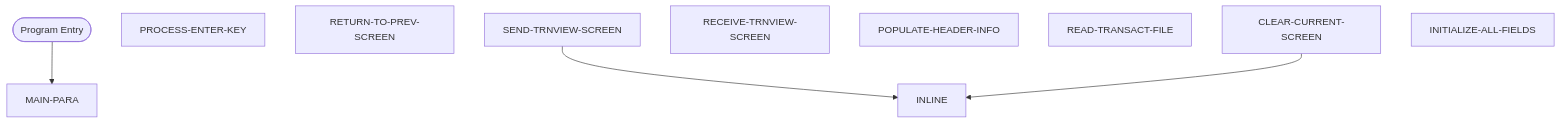
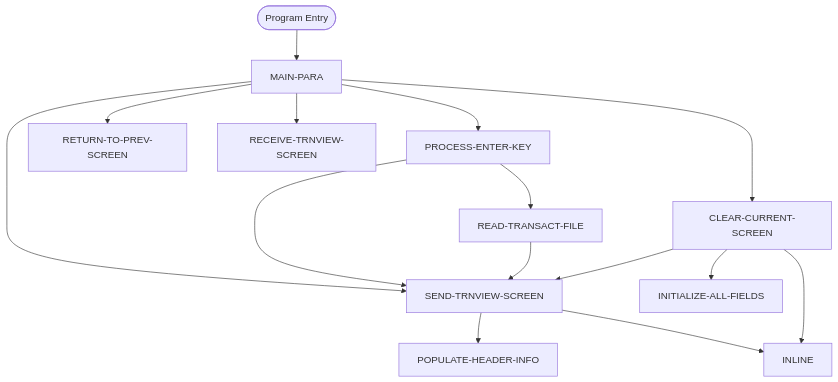
The second of 2 diagrams in Unisys_doc-main/doc_demo/docs/programs/COTRN01C.md (Arun973150/new_doc), drawn with Mermaid before and after one commit. The commit also changed other lines of this file and 716 other files, not shown here.

````diff
--- a/Unisys_doc-main/doc_demo/docs/programs/COTRN01C.md
+++ b/Unisys_doc-main/doc_demo/docs/programs/COTRN01C.md
@@ -352,16 +352,27 @@
 ```mermaid
 flowchart TD
     START([Program Entry])
     MAIN_PARA["MAIN-PARA"]
     PROCESS_ENTER_KEY["PROCESS-ENTER-KEY"]
     RETURN_TO_PREV_SCREEN["RETURN-TO-PREV-SCREEN"]
     SEND_TRNVIEW_SCREEN["SEND-TRNVIEW-SCREEN"]
     RECEIVE_TRNVIEW_SCREEN["RECEIVE-TRNVIEW-SCREEN"]
     POPULATE_HEADER_INFO["POPULATE-HEADER-INFO"]
     READ_TRANSACT_FILE["READ-TRANSACT-FILE"]
     CLEAR_CURRENT_SCREEN["CLEAR-CURRENT-SCREEN"]
     INITIALIZE_ALL_FIELDS["INITIALIZE-ALL-FIELDS"]
     START --> MAIN_PARA
+    MAIN_PARA --> RETURN_TO_PREV_SCREEN
+    MAIN_PARA --> PROCESS_ENTER_KEY
+    MAIN_PARA --> SEND_TRNVIEW_SCREEN
+    MAIN_PARA --> RECEIVE_TRNVIEW_SCREEN
+    MAIN_PARA --> CLEAR_CURRENT_SCREEN
+    PROCESS_ENTER_KEY --> SEND_TRNVIEW_SCREEN
+    PROCESS_ENTER_KEY --> READ_TRANSACT_FILE
+    SEND_TRNVIEW_SCREEN --> POPULATE_HEADER_INFO
+    READ_TRANSACT_FILE --> SEND_TRNVIEW_SCREEN
+    CLEAR_CURRENT_SCREEN --> INITIALIZE_ALL_FIELDS
+    CLEAR_CURRENT_SCREEN --> SEND_TRNVIEW_SCREEN
     SEND_TRNVIEW_SCREEN --> INLINE
     CLEAR_CURRENT_SCREEN --> INLINE
 ```
````
